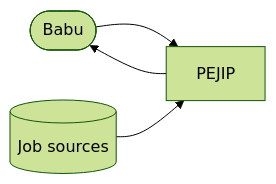
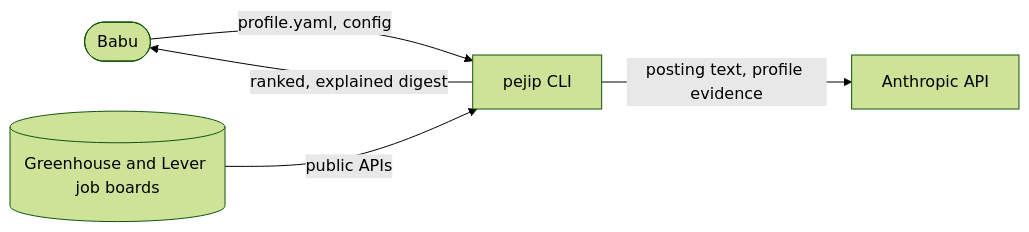
The first of 2 diagrams in docs/architecture/overview.md (madduri-ops/PEJIP), drawn with Mermaid (forest theme) before and after one commit. The commit also changed other lines of this file and 90 other files, not shown here.

````diff
--- a/docs/architecture/overview.md
+++ b/docs/architecture/overview.md
@@ -12,6 +12,7 @@
 ```mermaid
 flowchart LR
-    user([Babu]) --> pejip[PEJIP]
-    sources[(Job sources)] --> pejip
-    pejip --> user
+    user([Babu]) -- profile.yaml, config --> pejip[pejip CLI]
+    boards[(Greenhouse and Lever job boards)] -- public APIs --> pejip
+    pejip -- posting text, profile evidence --> claude[Anthropic API]
+    pejip -- ranked, explained digest --> user
 ```
````
